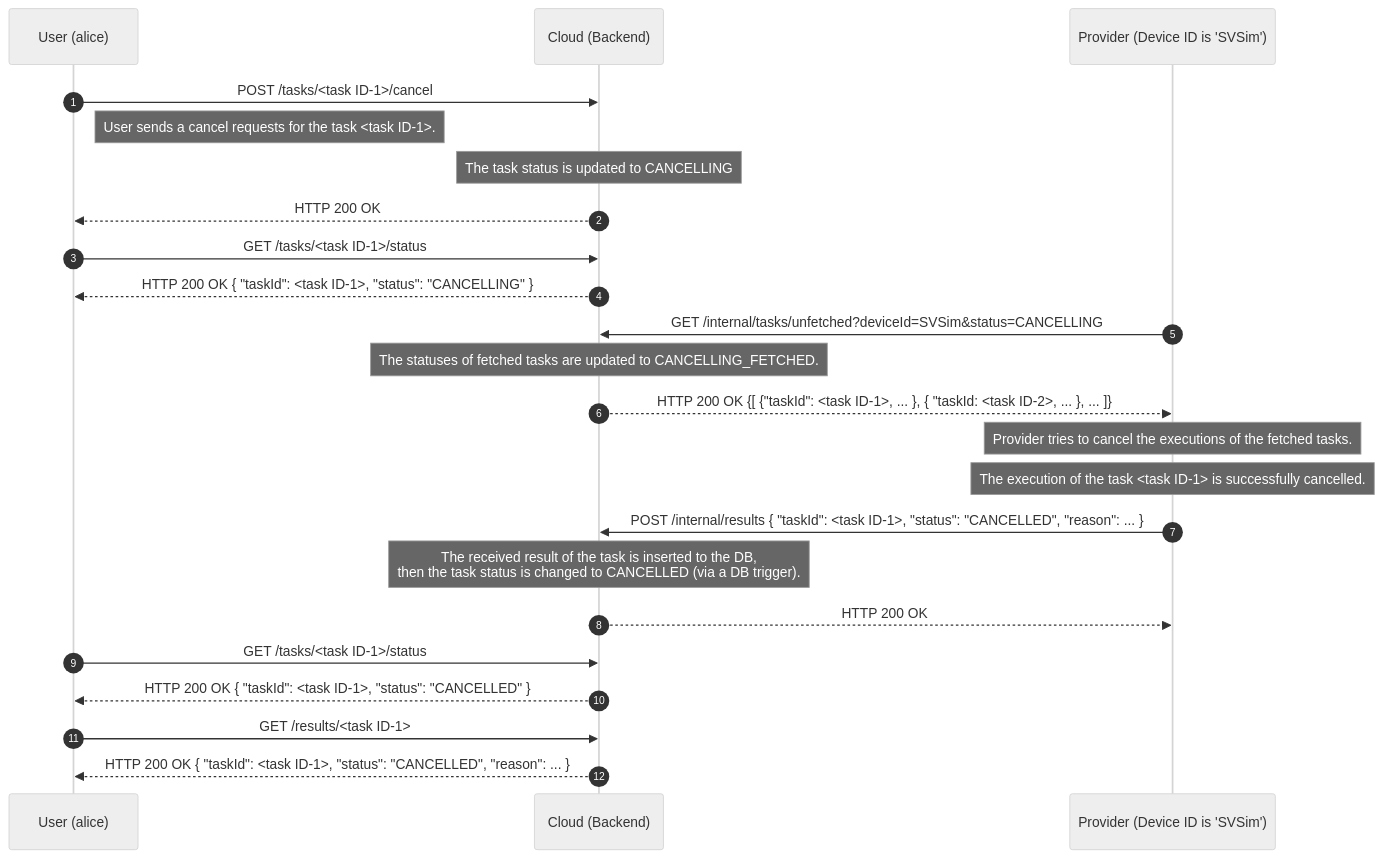
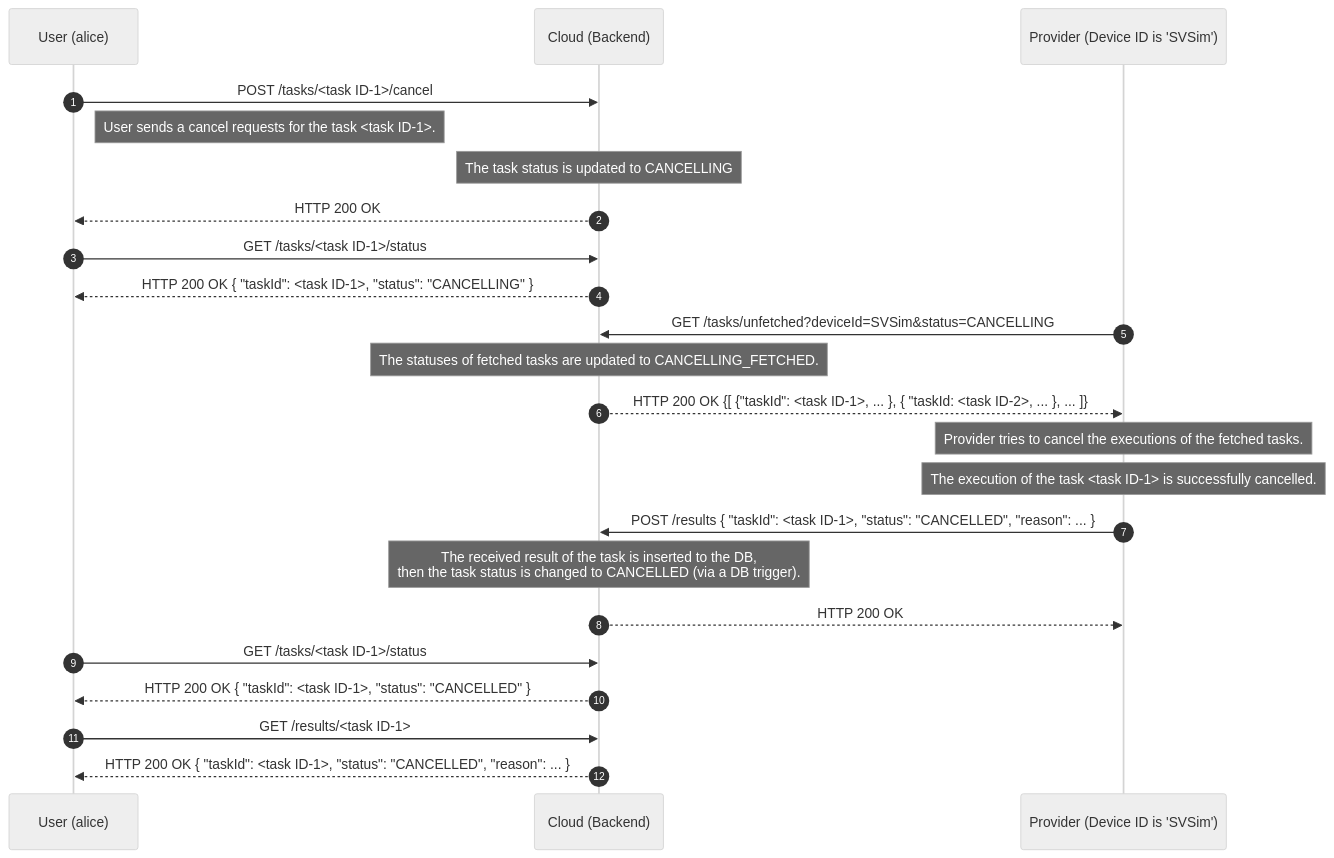
One commit to oqtopus-team/oqtopus-cloud changed the third of 3 diagrams in docs/en/architecture/sequence_diagram.md. Above: the diagram before and after it, drawn with Mermaid (neutral theme). The commit also changed other lines of this file and 9 other files, not shown here.

````diff
--- a/docs/en/architecture/sequence_diagram.md
+++ b/docs/en/architecture/sequence_diagram.md
@@ -154,32 +154,32 @@
 ```mermaid
 sequenceDiagram
     autonumber
     participant User as User (alice)
     participant Cloud as Cloud (Backend)
     participant Provider as Provider (Device ID is 'SVSim')
 
     User->>Cloud: POST /tasks/<task ID-1>/cancel
     Note right of User: User sends a cancel requests for the task <task ID-1>.
     Note over Cloud: The task status is updated to CANCELLING
     Cloud-->>User: HTTP 200 OK
 
     User->>Cloud: GET /tasks/<task ID-1>/status
     Cloud-->>User: HTTP 200 OK { "taskId": <task ID-1>, "status": "CANCELLING" }
 
-    Provider->>Cloud: GET /internal/tasks/unfetched?deviceId=SVSim&status=CANCELLING
+    Provider->>Cloud: GET /tasks/unfetched?deviceId=SVSim&status=CANCELLING
     Note over Cloud: The statuses of fetched tasks are updated to CANCELLING_FETCHED.
     Cloud-->>Provider: HTTP 200 OK {[ {"taskId": <task ID-1>, ... }, { "taskId: <task ID-2>, ... }, ... ]}
 
     Note over Provider: Provider tries to cancel the executions of the fetched tasks.
     Note over Provider: The execution of the task <task ID-1> is successfully cancelled.
-    Provider->>Cloud: POST /internal/results { "taskId": <task ID-1>, "status": "CANCELLED", "reason": ... }
+    Provider->>Cloud: POST /results { "taskId": <task ID-1>, "status": "CANCELLED", "reason": ... }
 
     Note over Cloud: The received result of the task is inserted to the DB,<br> then the task status is changed to CANCELLED (via a DB trigger).
     Cloud-->>Provider: HTTP 200 OK
 
     User->>Cloud: GET /tasks/<task ID-1>/status
     Cloud-->>User: HTTP 200 OK { "taskId": <task ID-1>, "status": "CANCELLED" }
 
     User->>Cloud: GET /results/<task ID-1>
     Cloud-->>User: HTTP 200 OK { "taskId": <task ID-1>, "status": "CANCELLED", "reason": ... }
 ```
````
